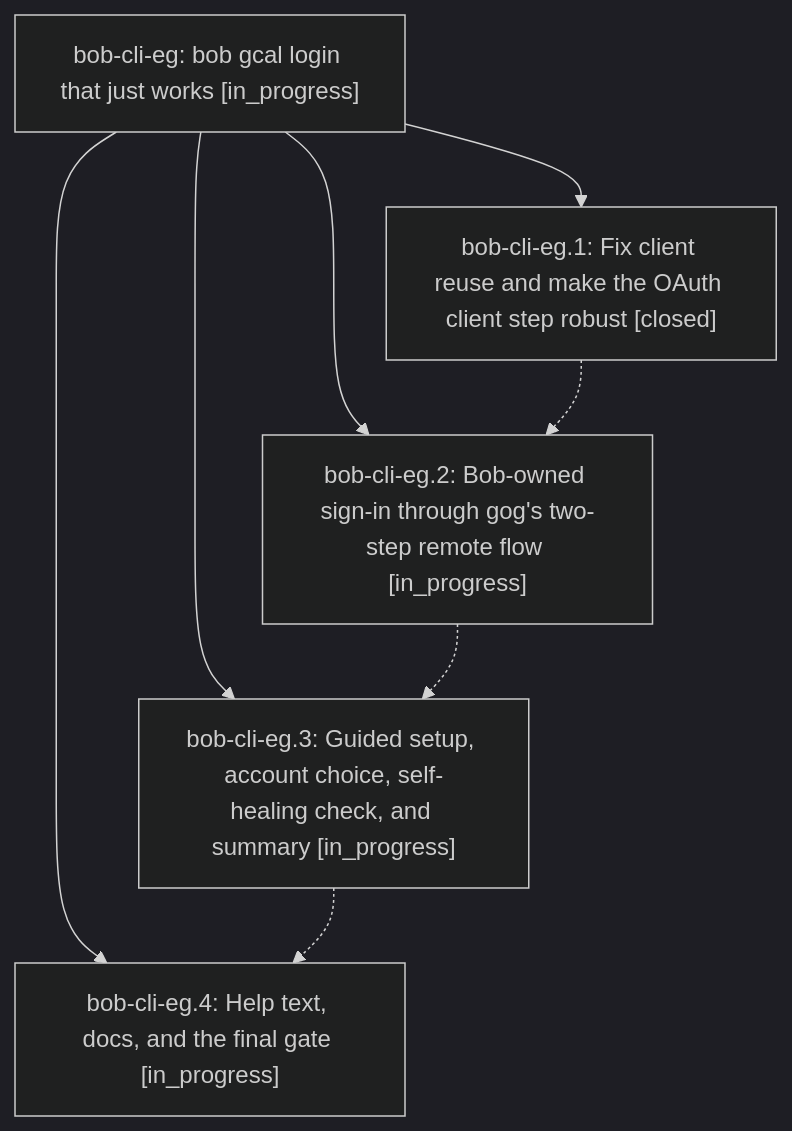
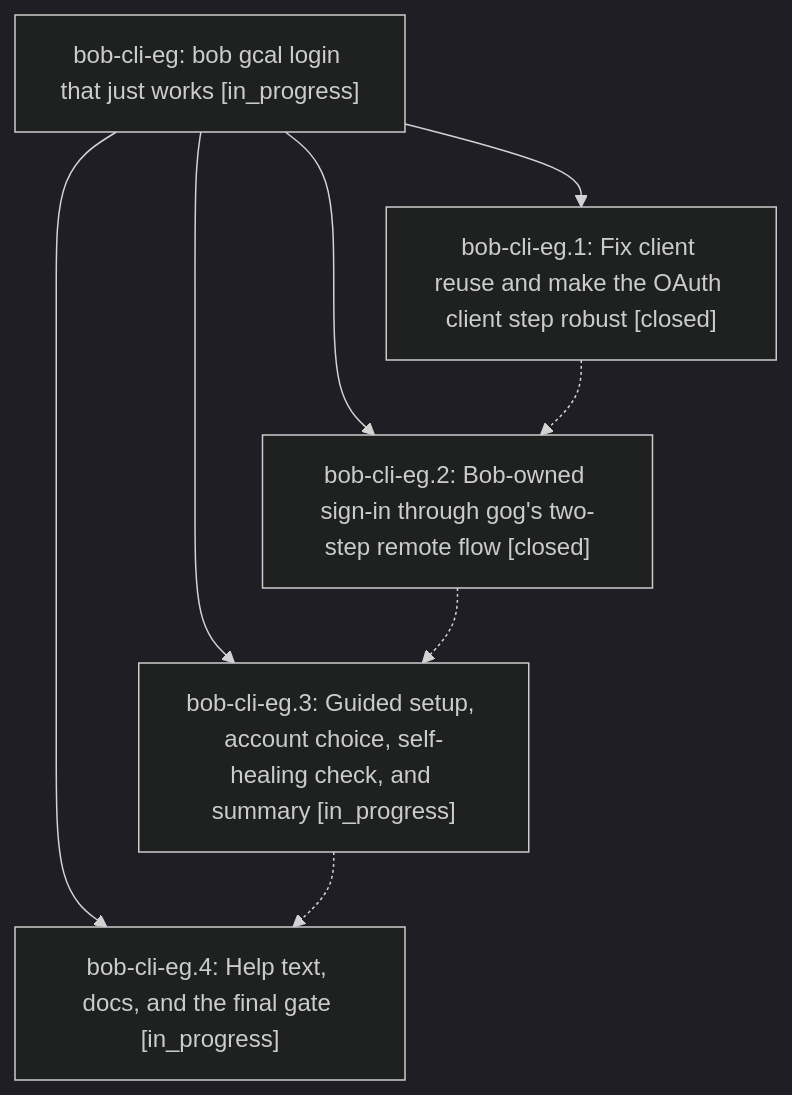
Before and after one commit to bobs-org/bob-cli--beads: the diagram in pages/bob-cli-eg/README.md, drawn with Mermaid (dark theme). The commit also changed other lines of this file and 3 other files, not shown here.

First line of the commit message:
chore(beads): sync bead state and pages for bob-cli-eg

````diff
--- a/pages/bob-cli-eg/README.md
+++ b/pages/bob-cli-eg/README.md
@@ -37,15 +39,15 @@
 ```mermaid
 flowchart TD
     n0["bob-cli-eg: bob gcal login that just works [in_progress]"]
     n1["bob-cli-eg.1: Fix client reuse and make the OAuth client step robust [closed]"]
-    n2["bob-cli-eg.2: Bob-owned sign-in through gog's two-step remote flow [in_progress]"]
+    n2["bob-cli-eg.2: Bob-owned sign-in through gog's two-step remote flow [closed]"]
     n3["bob-cli-eg.3: Guided setup, account choice, self-healing check, and summary [in_progress]"]
     n4["bob-cli-eg.4: Help text, docs, and the final gate [in_progress]"]
     n0 --> n1
     n0 --> n2
     n0 --> n3
     n0 --> n4
     n1 -.-> n2
     n2 -.-> n3
     n3 -.-> n4
 ```
````
